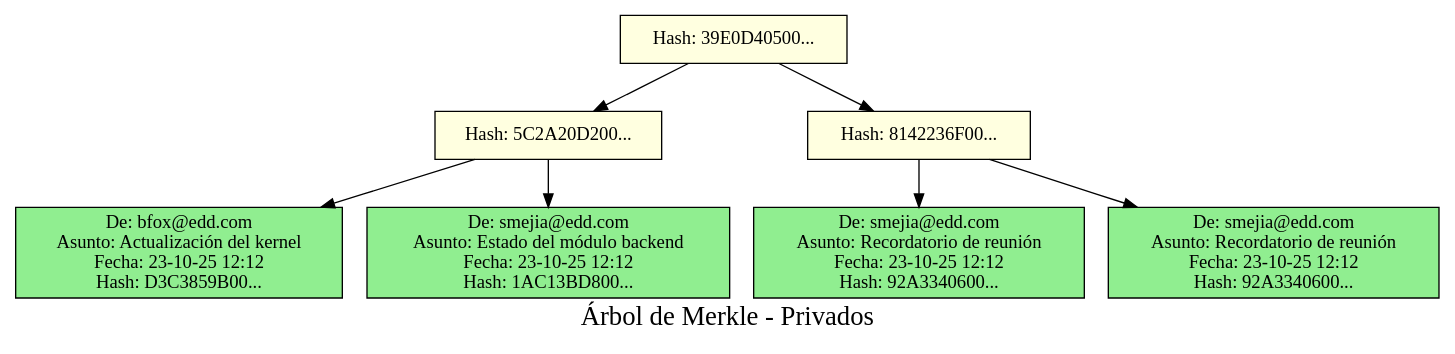
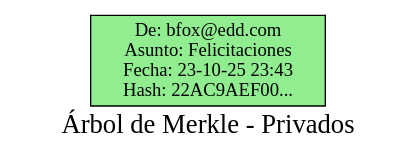
One commit to JoseArt777/-EDD-1S2025_202100305 changed the diagram in Fase1/src/lgarcia-Reportes/merkle_tree.dot. Above: the diagram before and after it, drawn with Graphviz. The commit also changed 15 other files, not shown here.

```diff
--- a/Fase1/src/lgarcia-Reportes/merkle_tree.dot
+++ b/Fase1/src/lgarcia-Reportes/merkle_tree.dot
@@ -1,20 +1,8 @@
 digraph MerkleTree {
     label="Árbol de Merkle - Privados";
     fontsize=20;
     node [shape=box, style=filled];
     rankdir=TB;
 
-    node0 [label="Hash: 39E0D40500...", fillcolor=lightyellow];
-    node1 [label="Hash: 5C2A20D200...", fillcolor=lightyellow];
-    node2 [label="De: bfox@edd.com\nAsunto: Actualización del kernel\nFecha: 23-10-25 12:12\nHash: D3C3859B00...", fillcolor=lightgreen];
-    node1 -> node2;
-    node3 [label="De: smejia@edd.com\nAsunto: Estado del módulo backend\nFecha: 23-10-25 12:12\nHash: 1AC13BD800...", fillcolor=lightgreen];
-    node1 -> node3;
-    node0 -> node1;
-    node4 [label="Hash: 8142236F00...", fillcolor=lightyellow];
-    node5 [label="De: smejia@edd.com\nAsunto: Recordatorio de reunión\nFecha: 23-10-25 12:12\nHash: 92A3340600...", fillcolor=lightgreen];
-    node4 -> node5;
-    node6 [label="De: smejia@edd.com\nAsunto: Recordatorio de reunión\nFecha: 23-10-25 12:12\nHash: 92A3340600...", fillcolor=lightgreen];
-    node4 -> node6;
-    node0 -> node4;
+    node0 [label="De: bfox@edd.com\nAsunto: Felicitaciones\nFecha: 23-10-25 23:43\nHash: 22AC9AEF00...", fillcolor=lightgreen];
 }
```
